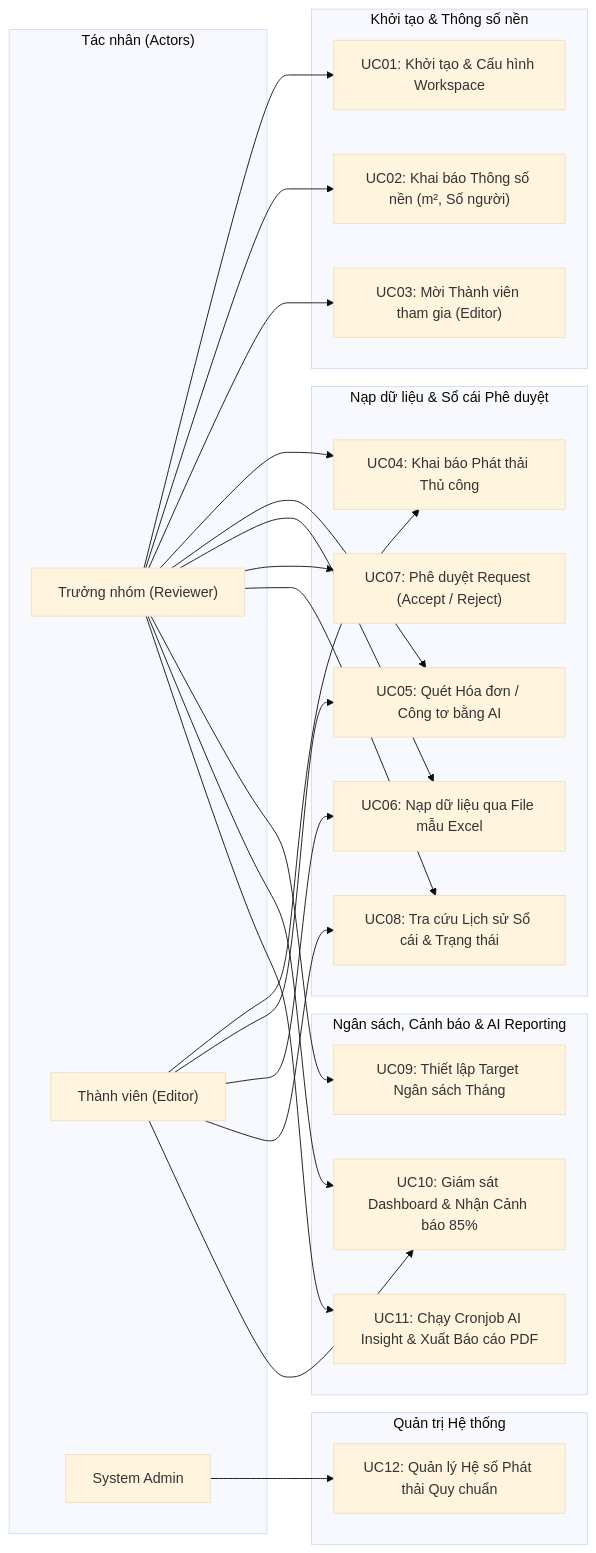
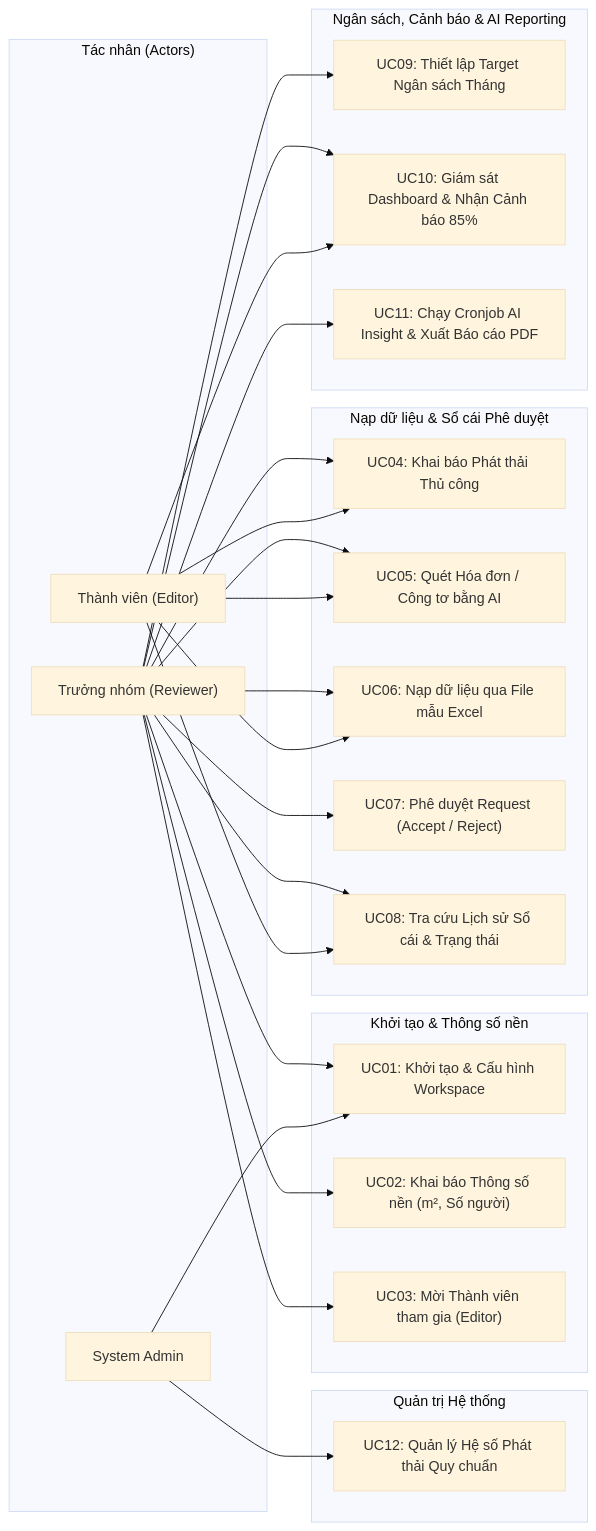
The second of 2 diagrams in spec.md (DatTienNguyenn/PMDC-BATCH4-DATNT250), drawn with Mermaid (base theme) before and after one commit. The commit also changed other lines of this file and 5 other files, not shown here.

````diff
--- a/spec.md
+++ b/spec.md
@@ -149,55 +149,56 @@
 ```mermaid
 flowchart LR
     subgraph Actors["Tác nhân (Actors)"]
         Reviewer["Trưởng nhóm (Reviewer)"]
         Editor["Thành viên (Editor)"]
         SysAdmin["System Admin"]
     end
 
     subgraph WorkspaceMgmt["Khởi tạo & Thông số nền"]
         UC01["UC01: Khởi tạo & Cấu hình Workspace"]
         UC02["UC02: Khai báo Thông số nền (m², Số người)"]
         UC03["UC03: Mời Thành viên tham gia (Editor)"]
     end
 
     subgraph IngestionLedger["Nạp dữ liệu & Sổ cái Phê duyệt"]
         UC04["UC04: Khai báo Phát thải Thủ công"]
         UC05["UC05: Quét Hóa đơn / Công tơ bằng AI"]
         UC06["UC06: Nạp dữ liệu qua File mẫu Excel"]
         UC07["UC07: Phê duyệt Request (Accept / Reject)"]
         UC08["UC08: Tra cứu Lịch sử Sổ cái & Trạng thái"]
     end
 
     subgraph BudgetingInsight["Ngân sách, Cảnh báo & AI Reporting"]
         UC09["UC09: Thiết lập Target Ngân sách Tháng"]
         UC10["UC10: Giám sát Dashboard & Nhận Cảnh báo 85%"]
         UC11["UC11: Chạy Cronjob AI Insight & Xuất Báo cáo PDF"]
     end
 
     subgraph SystemAdminArea["Quản trị Hệ thống"]
         UC12["UC12: Quản lý Hệ số Phát thải Quy chuẩn"]
     end
 
     %% Reviewer
     Reviewer --> UC01
     Reviewer --> UC02
     Reviewer --> UC03
     Reviewer --> UC04
     Reviewer --> UC05
     Reviewer --> UC06
     Reviewer --> UC07
     Reviewer --> UC08
     Reviewer --> UC09
     Reviewer --> UC10
     Reviewer --> UC11
 
     %% Editor
     Editor --> UC04
     Editor --> UC05
     Editor --> UC06
     Editor --> UC08
     Editor --> UC10
 
     %% System Admin
+    SysAdmin --> UC01
     SysAdmin --> UC12
 ```
````
